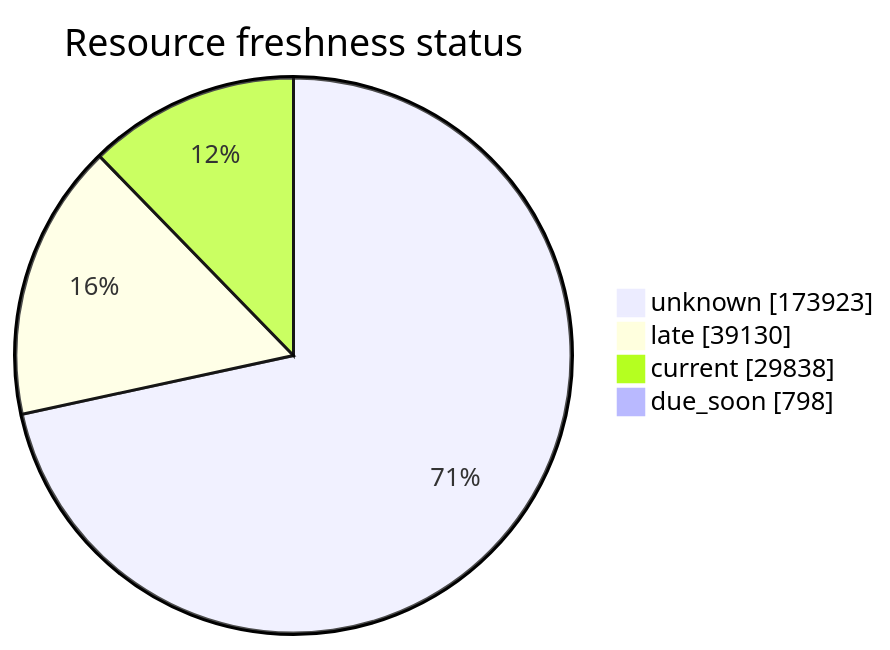
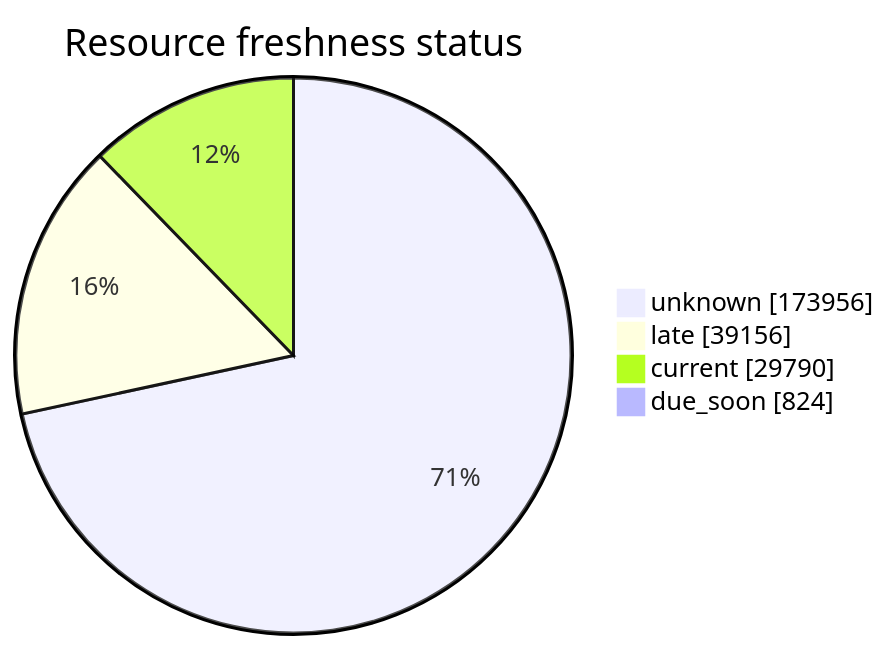
Before and after one commit to open-data/analytics-corporate-reporting: the third of 5 diagrams in FreshCheck/README.md, drawn with Mermaid. The commit also changed other lines of this file and 3 other files, not shown here.

````diff
--- a/FreshCheck/README.md
+++ b/FreshCheck/README.md
@@ -77,7 +77,7 @@
 ```mermaid
 pie showData title Resource freshness status
-    "unknown": 173923
-    "late": 39130
-    "current": 29838
-    "due_soon": 798
+    "unknown": 173956
+    "late": 39156
+    "current": 29790
+    "due_soon": 824
 ```
````
